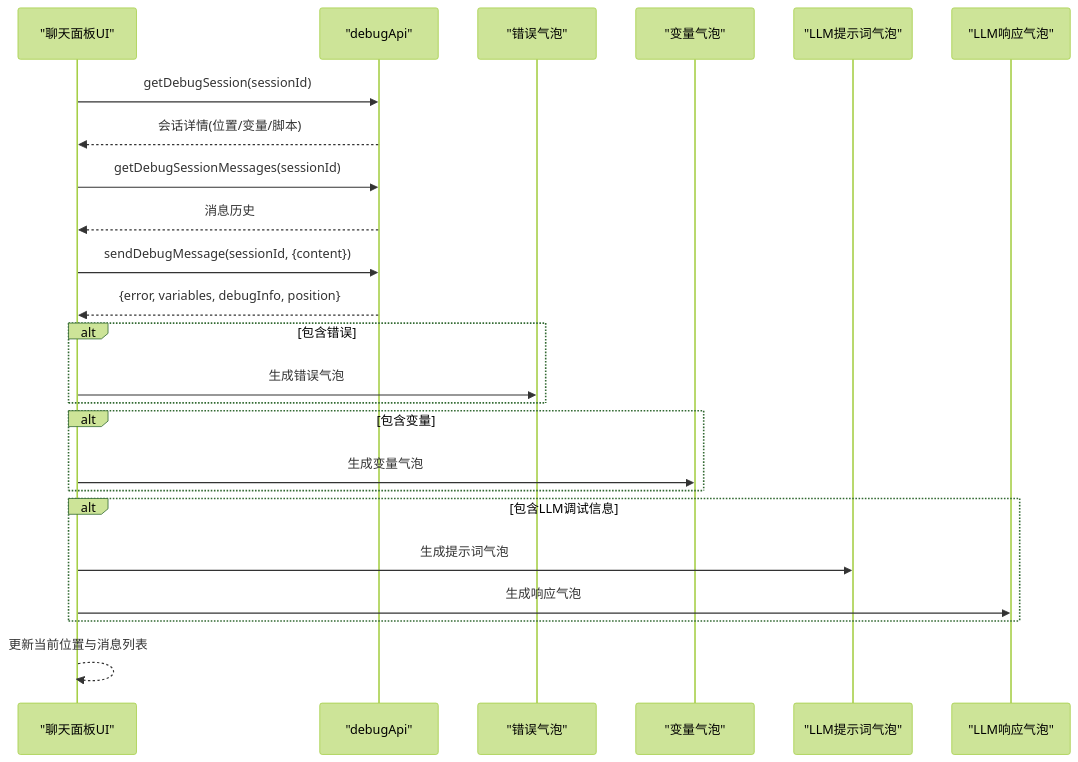
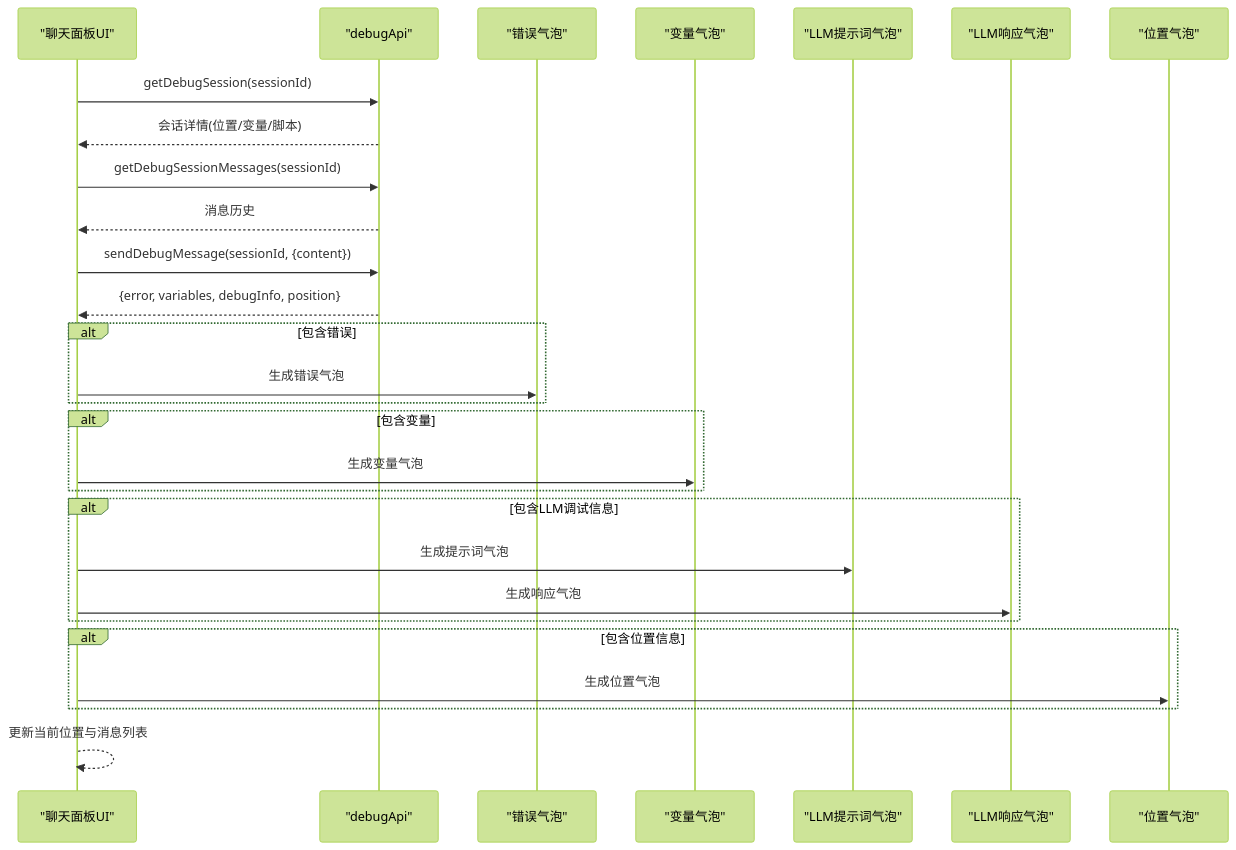
One commit to EverettCamus/HeartRule-Qoder changed the ninth of 11 diagrams in .qoder/repowiki/zh/content/脚本编辑器/调试工具.md. Above: the diagram before and after it, drawn with Mermaid (forest theme). The commit also changed other lines of this file and 40 other files, not shown here.

````diff
--- a/.qoder/repowiki/zh/content/脚本编辑器/调试工具.md
+++ b/.qoder/repowiki/zh/content/脚本编辑器/调试工具.md
@@ -275,26 +313,30 @@
 ```mermaid
 sequenceDiagram
 participant UI as "聊天面板UI"
 participant API as "debugApi"
 participant EB as "错误气泡"
 participant VB as "变量气泡"
 participant LPB as "LLM提示词气泡"
 participant LRB as "LLM响应气泡"
+participant PB as "位置气泡"
 UI->>API : getDebugSession(sessionId)
 API-->>UI : 会话详情(位置/变量/脚本)
 UI->>API : getDebugSessionMessages(sessionId)
 API-->>UI : 消息历史
 UI->>API : sendDebugMessage(sessionId, {content})
 API-->>UI : {error, variables, debugInfo, position}
 alt 包含错误
 UI->>EB : 生成错误气泡
 end
 alt 包含变量
 UI->>VB : 生成变量气泡
 end
 alt 包含LLM调试信息
 UI->>LPB : 生成提示词气泡
 UI->>LRB : 生成响应气泡
 end
+alt 包含位置信息
+UI->>PB : 生成位置气泡
+end
 UI-->>UI : 更新当前位置与消息列表
 ```
````
